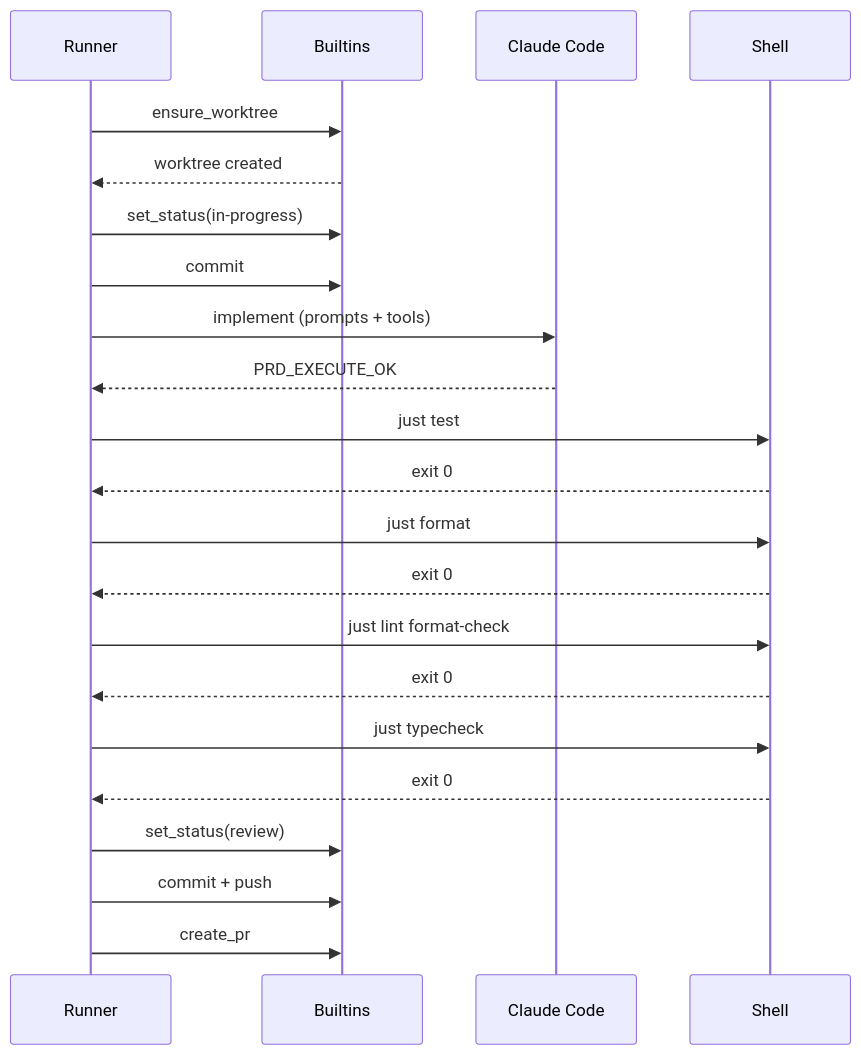
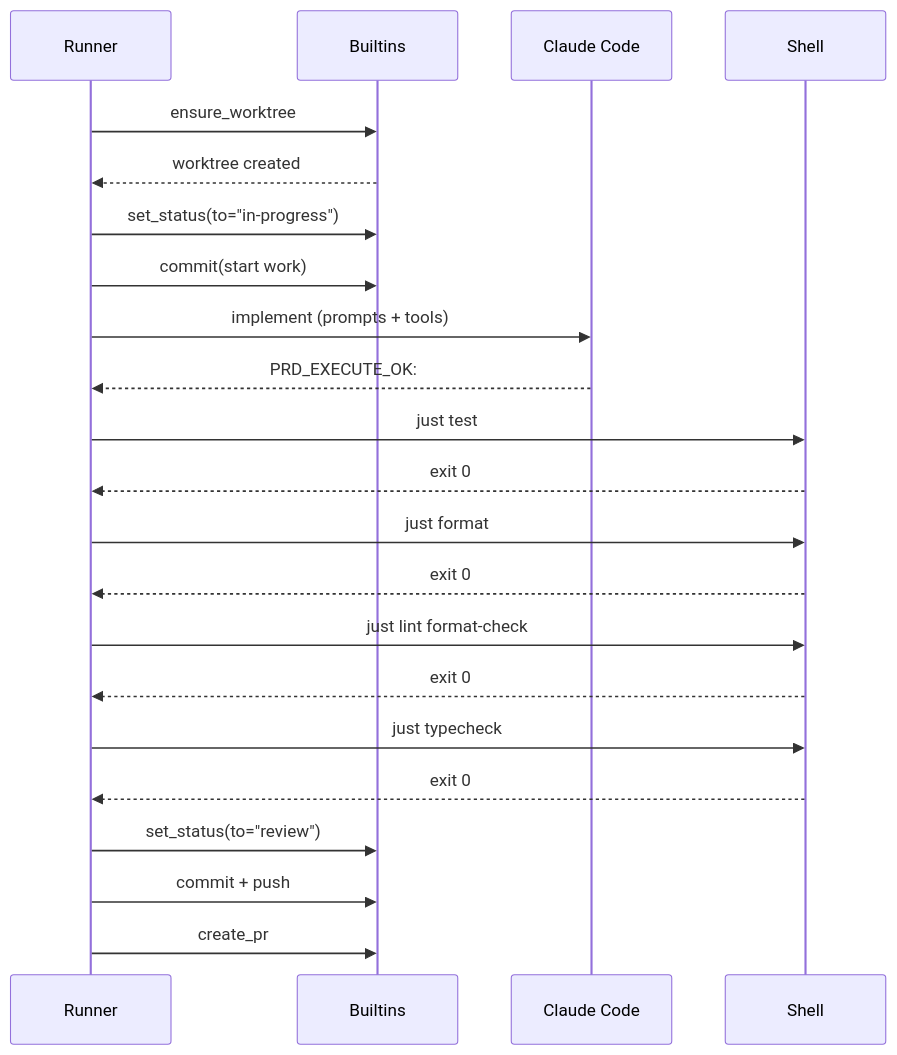
The diagram in site/src/content/docs/concepts/workflows.mdx (sksizer/DarkFactory), drawn with Mermaid before and after one commit. The commit also changed other lines of this file and 26 other files, not shown here.

Commit message:
chore(prd): PRD-602 ready for review

````diff
--- a/site/src/content/docs/concepts/workflows.mdx
+++ b/site/src/content/docs/concepts/workflows.mdx
@@ -112,25 +112,25 @@
 ```mermaid
 sequenceDiagram
     participant R as Runner
     participant B as Builtins
     participant A as Claude Code
     participant S as Shell
     
     R->>B: ensure_worktree
     B-->>R: worktree created
-    R->>B: set_status(in-progress)
-    R->>B: commit
+    R->>B: set_status(to="in-progress")
+    R->>B: commit(start work)
     R->>A: implement (prompts + tools)
-    A-->>R: PRD_EXECUTE_OK
+    A-->>R: PRD_EXECUTE_OK:
     R->>S: just test
     S-->>R: exit 0
     R->>S: just format
     S-->>R: exit 0
     R->>S: just lint format-check
     S-->>R: exit 0
     R->>S: just typecheck
     S-->>R: exit 0
-    R->>B: set_status(review)
+    R->>B: set_status(to="review")
     R->>B: commit + push
     R->>B: create_pr
 ```
````
